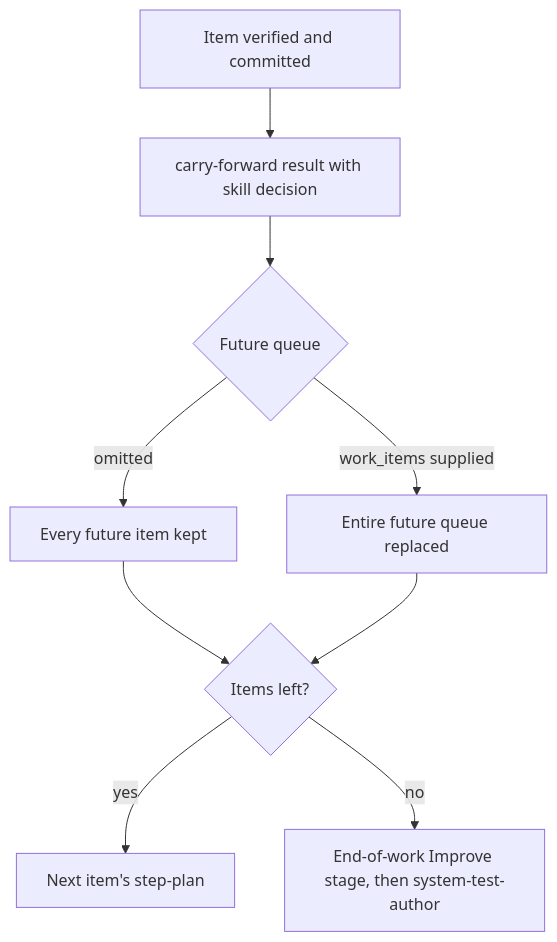
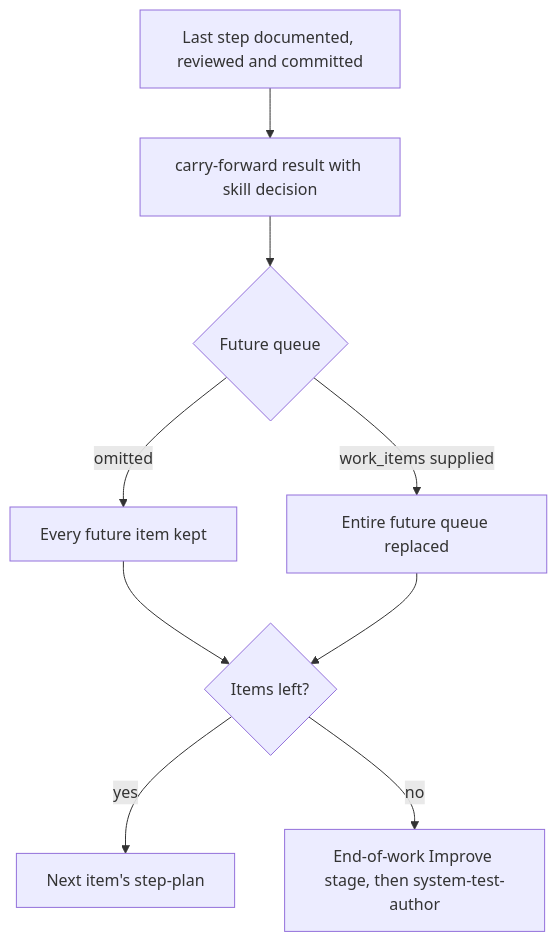
Before and after one commit to whichguy/skill-craft: the diagram in skills/shiploop/references/carry-forward.md, drawn with Mermaid. The commit also changed other lines of this file and 90 other files, not shown here.

````diff
--- a/skills/shiploop/references/carry-forward.md
+++ b/skills/shiploop/references/carry-forward.md
@@ -11,11 +12,11 @@
 ```mermaid
 flowchart TD
-    V[Item verified and committed] --> C[carry-forward result with skill decision]
+    V[Last step documented, reviewed and committed] --> C[carry-forward result with skill decision]
     C --> Q{Future queue}
     Q -->|omitted| K[Every future item kept]
     Q -->|work_items supplied| R[Entire future queue replaced]
     K --> N{Items left?}
     R --> N
     N -->|yes| S[Next item's step-plan]
     N -->|no| I[End-of-work Improve stage, then system-test-author]
 ```
````
